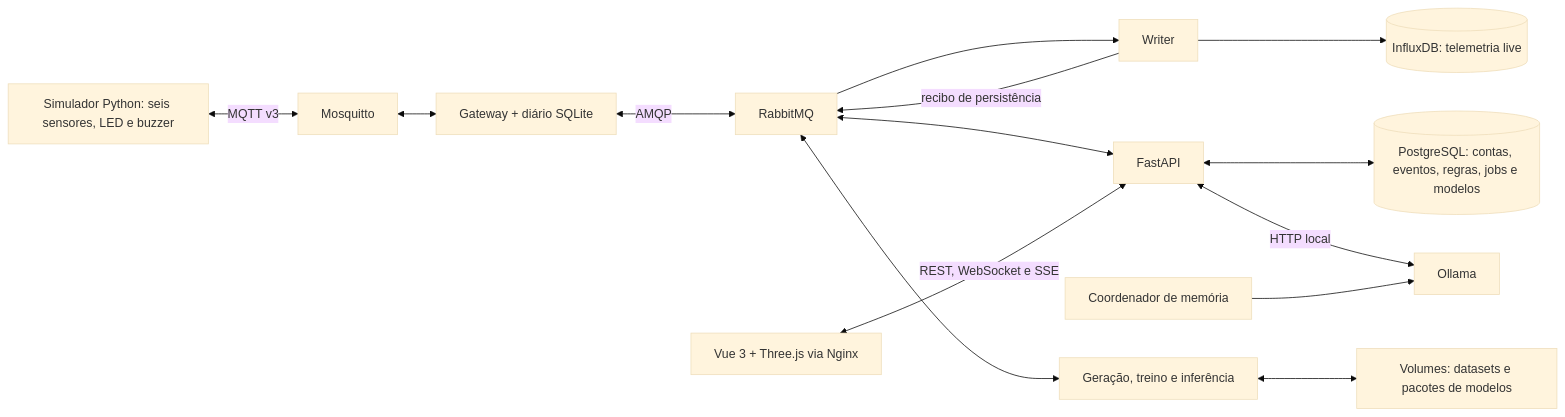
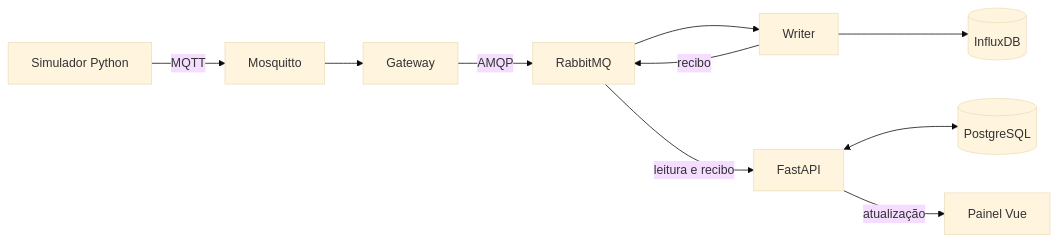
One commit to VitorFcosta/ColdSafe changed the diagram in README.md. Above: the diagram before and after it, drawn with Mermaid (base theme). The commit also changed other lines of this file, not shown here.

````diff
--- a/README.md
+++ b/README.md
@@ -14,16 +65,12 @@
 ```mermaid
 flowchart LR
-  S[Simulador Python: seis sensores, LED e buzzer] <-->|MQTT v3| M[Mosquitto]
-  M <--> G[Gateway + diário SQLite]
-  G <-->|AMQP| R[RabbitMQ]
-  R --> W[Writer]
-  W --> I[(InfluxDB: telemetria live)]
-  W -->|recibo de persistência| R
-  R <--> A[FastAPI]
-  A <--> P[(PostgreSQL: contas, eventos, regras, jobs e modelos)]
-  R <--> J[Geração, treino e inferência]
-  J <--> V[Volumes: datasets e pacotes de modelos]
-  A <-->|HTTP local| O[Ollama]
-  L[Coordenador de memória] --> O
-  U[Vue 3 + Three.js via Nginx] <-->|REST, WebSocket e SSE| A
+  S["Simulador Python"] -->|MQTT| M["Mosquitto"]
+  M --> G["Gateway"]
+  G -->|AMQP| R["RabbitMQ"]
+  R --> W["Writer"]
+  W --> I[("InfluxDB")]
+  W -->|recibo| R
+  R -->|leitura e recibo| A["FastAPI"]
+  A <--> P[("PostgreSQL")]
+  A -->|atualização| U["Painel Vue"]
 ```
````
